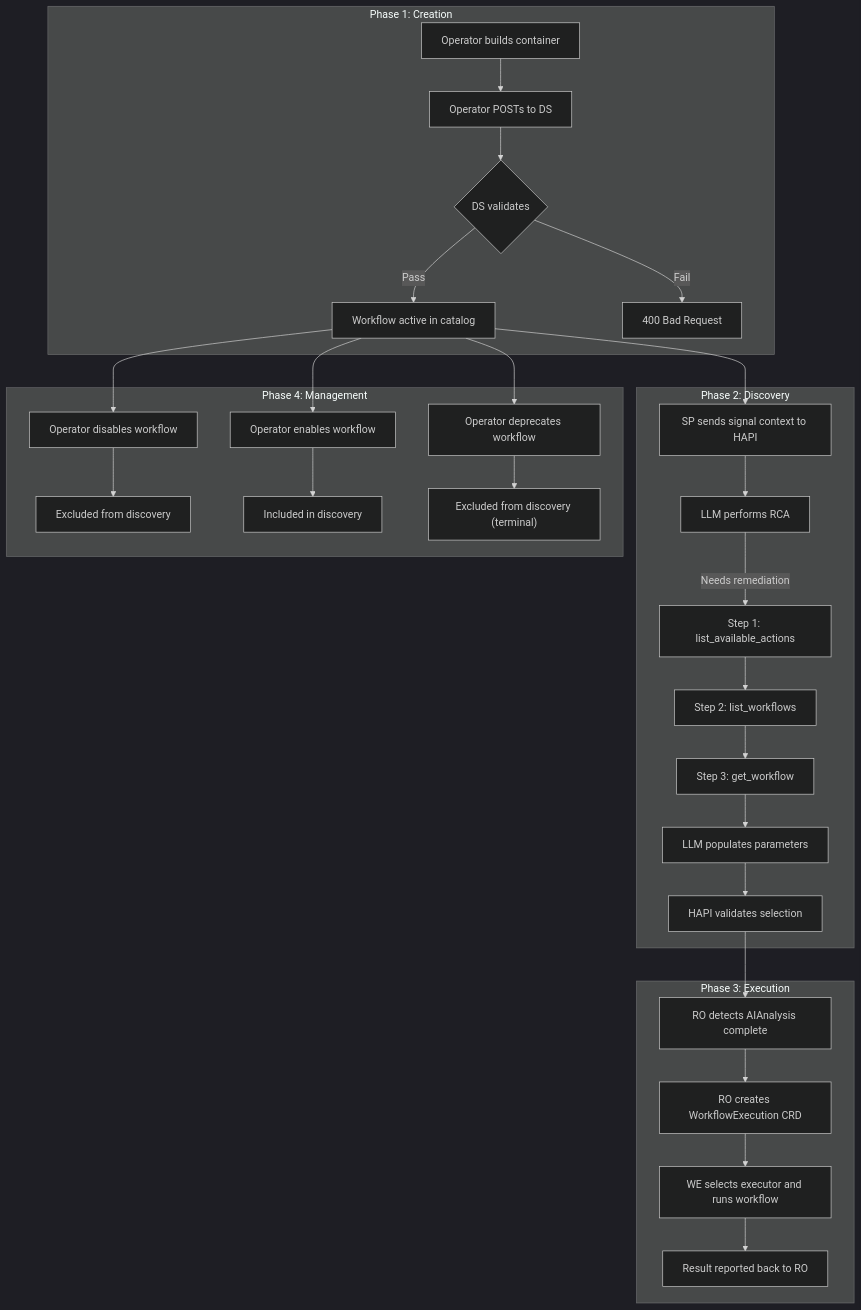
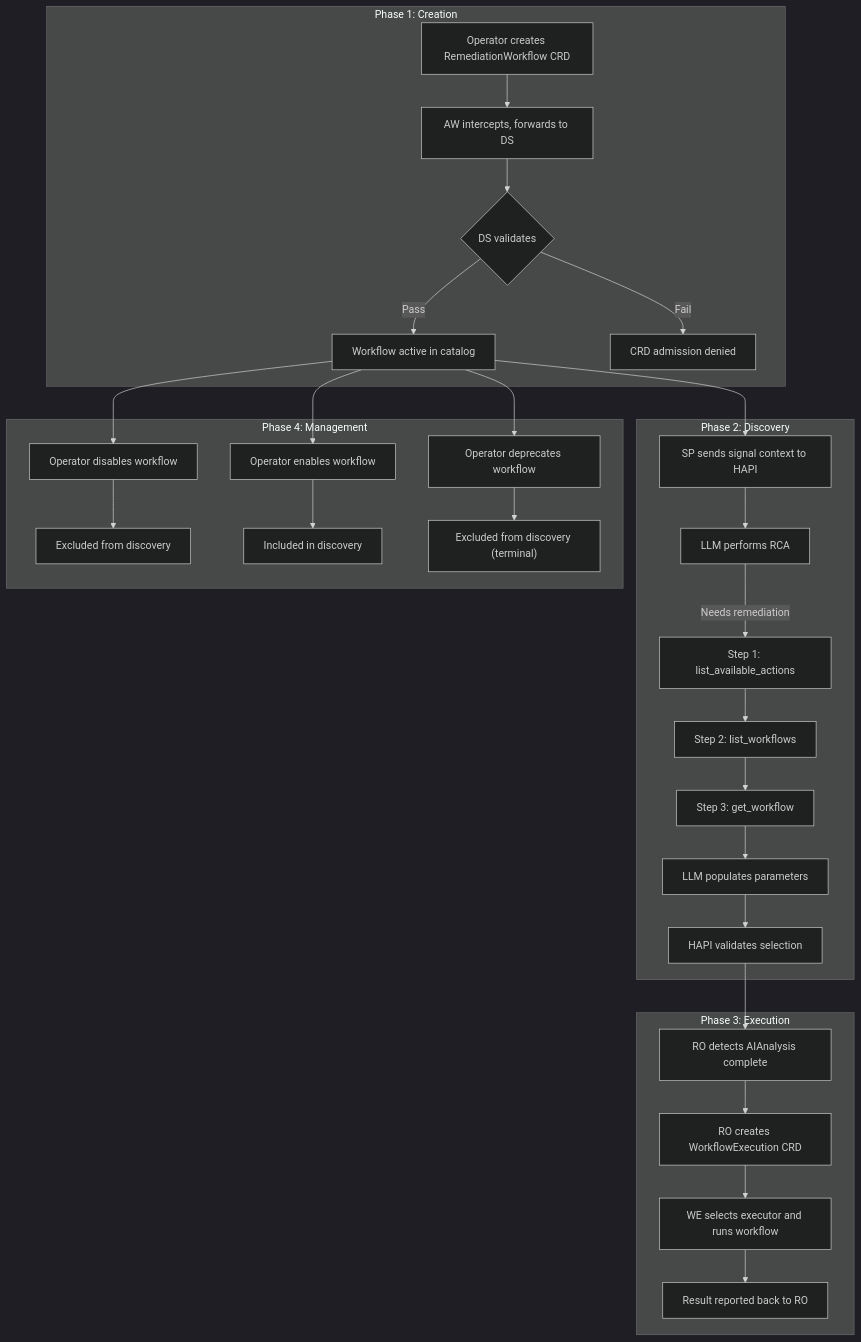
One commit to jordigilh/kubernaut changed the tenth of 10 diagrams in docs/architecture/decisions/DD-WORKFLOW-017-workflow-lifecycle-component-interactions.md. Above: the diagram before and after it, drawn with Mermaid (dark theme). The commit also changed other lines of this file and 15 other files, not shown here.

First line of the commit message:
docs: update authoritative documentation for CRD-based workflow registration (#299)

````diff
--- a/docs/architecture/decisions/DD-WORKFLOW-017-workflow-lifecycle-component-interactions.md
+++ b/docs/architecture/decisions/DD-WORKFLOW-017-workflow-lifecycle-component-interactions.md
@@ -746,36 +729,36 @@
 ```mermaid
 flowchart TD
     subgraph creation [Phase 1: Creation]
-        A1[Operator builds container] --> A2[Operator POSTs to DS]
+        A1["Operator creates RemediationWorkflow CRD"] --> A2["AW intercepts, forwards to DS"]
         A2 --> A3{DS validates}
         A3 -->|Pass| A4[Workflow active in catalog]
-        A3 -->|Fail| A5[400 Bad Request]
+        A3 -->|Fail| A5["CRD admission denied"]
     end
 
     subgraph discovery [Phase 2: Discovery]
         B1[SP sends signal context to HAPI] --> B2[LLM performs RCA]
         B2 -->|Needs remediation| B3["Step 1: list_available_actions"]
         B3 --> B4["Step 2: list_workflows"]
         B4 --> B5["Step 3: get_workflow"]
         B5 --> B6[LLM populates parameters]
         B6 --> B7[HAPI validates selection]
     end
 
     subgraph execution [Phase 3: Execution]
         C1[RO detects AIAnalysis complete] --> C2[RO creates WorkflowExecution CRD]
         C2 --> C3[WE selects executor and runs workflow]
         C3 --> C4[Result reported back to RO]
     end
 
     subgraph management [Phase 4: Management]
         D1[Operator disables workflow] --> D2[Excluded from discovery]
         D3[Operator enables workflow] --> D4[Included in discovery]
         D5[Operator deprecates workflow] --> D6["Excluded from discovery (terminal)"]
     end
 
     A4 --> B1
     B7 --> C1
     A4 --> D1
     A4 --> D3
     A4 --> D5
 ```
````
